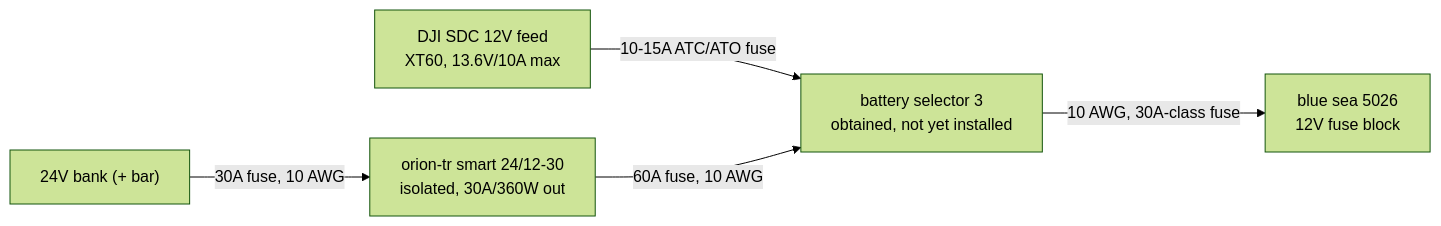
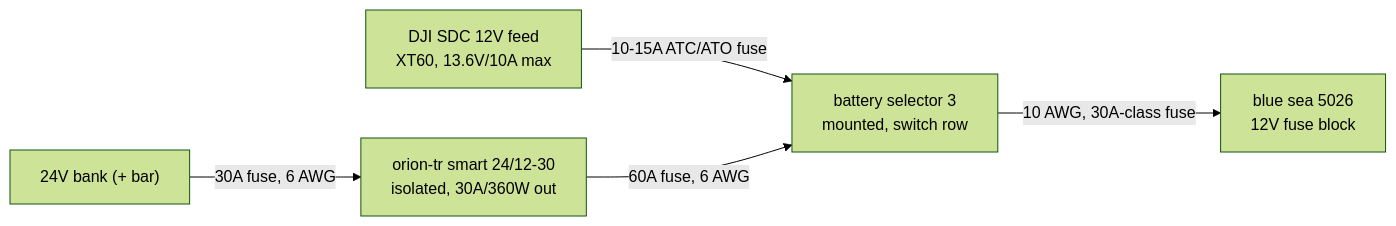
The fifth of 6 diagrams in electrical/PLAN.md (timit/vandalia), drawn with Mermaid (forest theme) before and after one commit. The commit also changed other lines of this file and 8 other files, not shown here.

````diff
--- a/electrical/PLAN.md
+++ b/electrical/PLAN.md
@@ -257,7 +257,7 @@
 ```mermaid
 flowchart LR
-  djisdc["DJI SDC 12V feed<br/>XT60, 13.6V/10A max"] -->|"10-15A ATC/ATO fuse"| s3["battery selector 3<br/>obtained, not yet installed"]
-  bank["24V bank (+ bar)"] -->|"30A fuse, 10 AWG"| conv["orion-tr smart 24/12-30<br/>isolated, 30A/360W out"]
-  conv -->|"60A fuse, 10 AWG"| s3
+  djisdc["DJI SDC 12V feed<br/>XT60, 13.6V/10A max"] -->|"10-15A ATC/ATO fuse"| s3["battery selector 3<br/>mounted, switch row"]
+  bank["24V bank (+ bar)"] -->|"30A fuse, 6 AWG"| conv["orion-tr smart 24/12-30<br/>isolated, 30A/360W out"]
+  conv -->|"60A fuse, 6 AWG"| s3
   s3 -->|"10 AWG, 30A-class fuse"| fb["blue sea 5026<br/>12V fuse block"]
 ```
````
